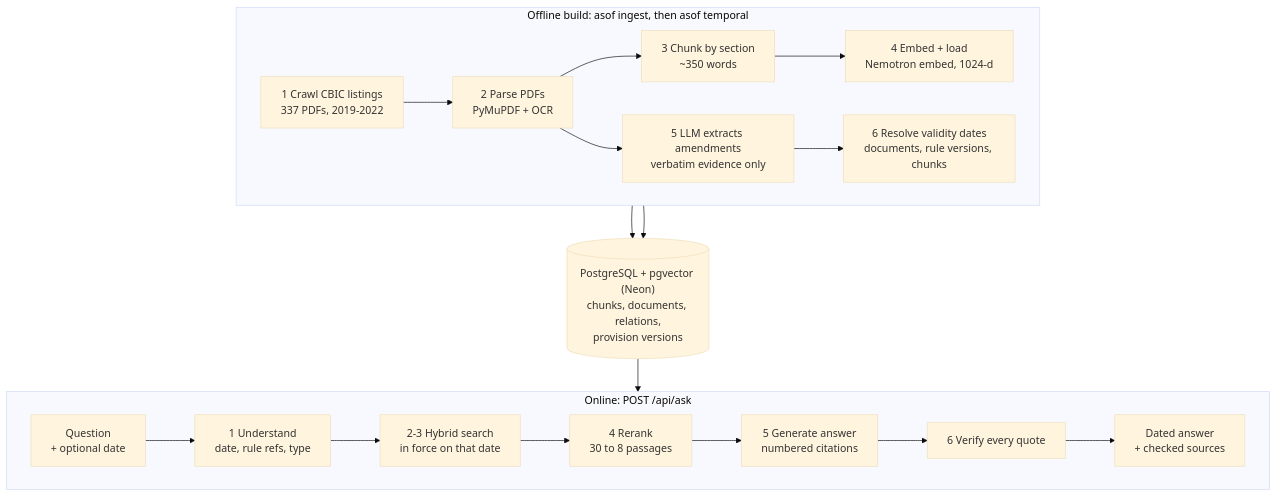
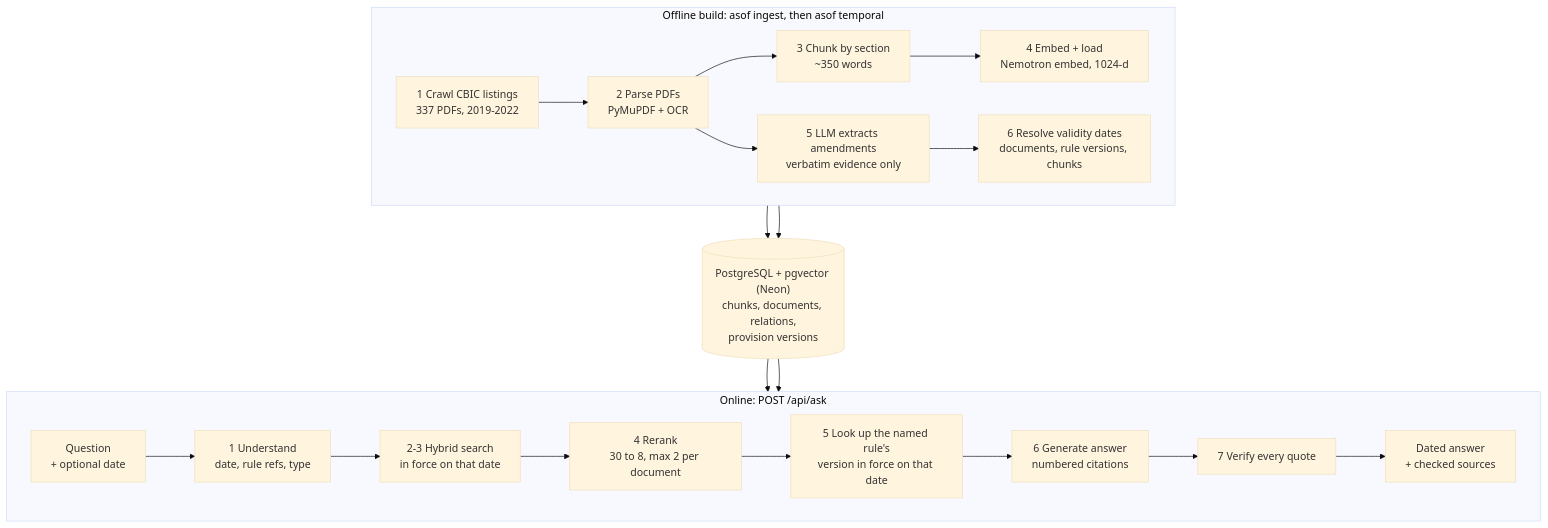
One commit to Pranav-Conova/-RAG- changed the first of 2 diagrams in README.md. Above: the diagram before and after it, drawn with Mermaid (base theme). The commit also changed other lines of this file and 7 other files, not shown here.

Commit message:
Look up the rule version in force, cap sources per document, follow amendment chains for history questions

````diff
--- a/README.md
+++ b/README.md
@@ -74,24 +74,26 @@
 ```mermaid
 flowchart TB
   subgraph BUILD["Offline build: asof ingest, then asof temporal"]
     direction LR
     A["1 Crawl CBIC listings<br/>337 PDFs, 2019-2022"] --> B["2 Parse PDFs<br/>PyMuPDF + OCR"]
     B --> C["3 Chunk by section<br/>~350 words"]
     C --> D["4 Embed + load<br/>Nemotron embed, 1024-d"]
     B --> E["5 LLM extracts amendments<br/>verbatim evidence only"]
     E --> F["6 Resolve validity dates<br/>documents, rule versions, chunks"]
   end
   DB[("PostgreSQL + pgvector (Neon)<br/>chunks, documents, relations,<br/>provision versions")]
   D --> DB
   F --> DB
   subgraph ASK["Online: POST /api/ask"]
     direction LR
     Q["Question<br/>+ optional date"] --> U["1 Understand<br/>date, rule refs, type"]
     U --> S["2-3 Hybrid search<br/>in force on that date"]
-    S --> R["4 Rerank<br/>30 to 8 passages"]
-    R --> G["5 Generate answer<br/>numbered citations"]
-    G --> V["6 Verify every quote"]
+    S --> R["4 Rerank<br/>30 to 8, max 2 per document"]
+    R --> L["5 Look up the named rule's<br/>version in force on that date"]
+    L --> G["6 Generate answer<br/>numbered citations"]
+    G --> V["7 Verify every quote"]
     V --> O["Dated answer<br/>+ checked sources"]
   end
   DB --> S
+  DB --> L
 ```
````
